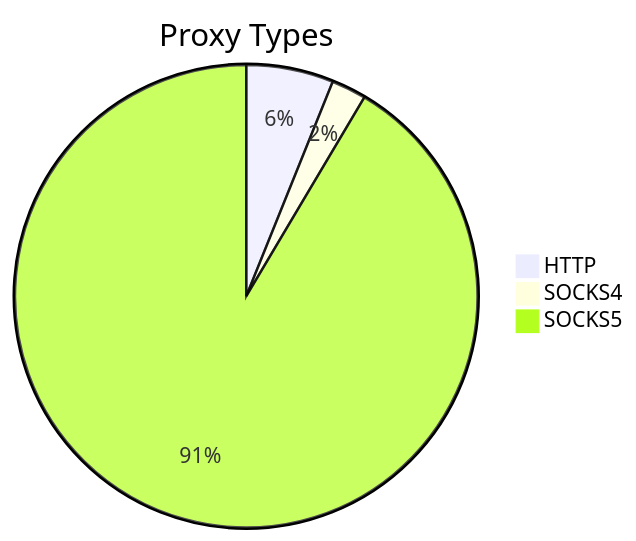
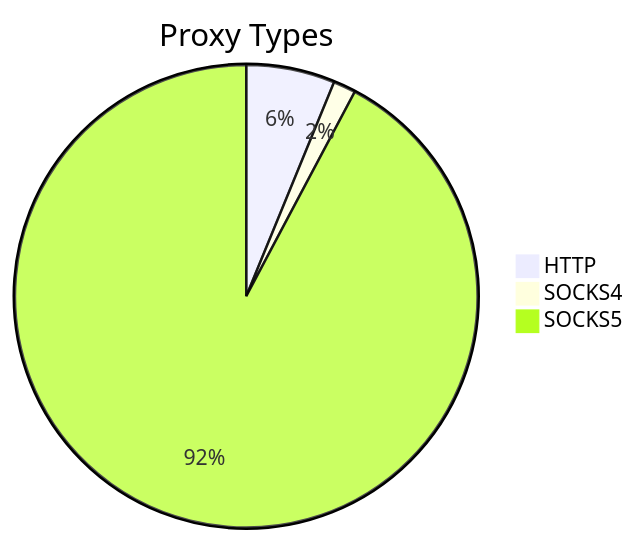
Before and after one commit to stormsia/proxy-list: the first of 2 diagrams in README.md, drawn with Mermaid. The commit also changed other lines of this file, not shown here.

````diff
--- a/README.md
+++ b/README.md
@@ -21,6 +21,6 @@
 ```mermaid
 pie title Proxy Types
-    "HTTP" : 173
-    "SOCKS4" : 69
-    "SOCKS5" : 2595
+    "HTTP" : 142
+    "SOCKS4" : 36
+    "SOCKS5" : 2114
 ```
````
